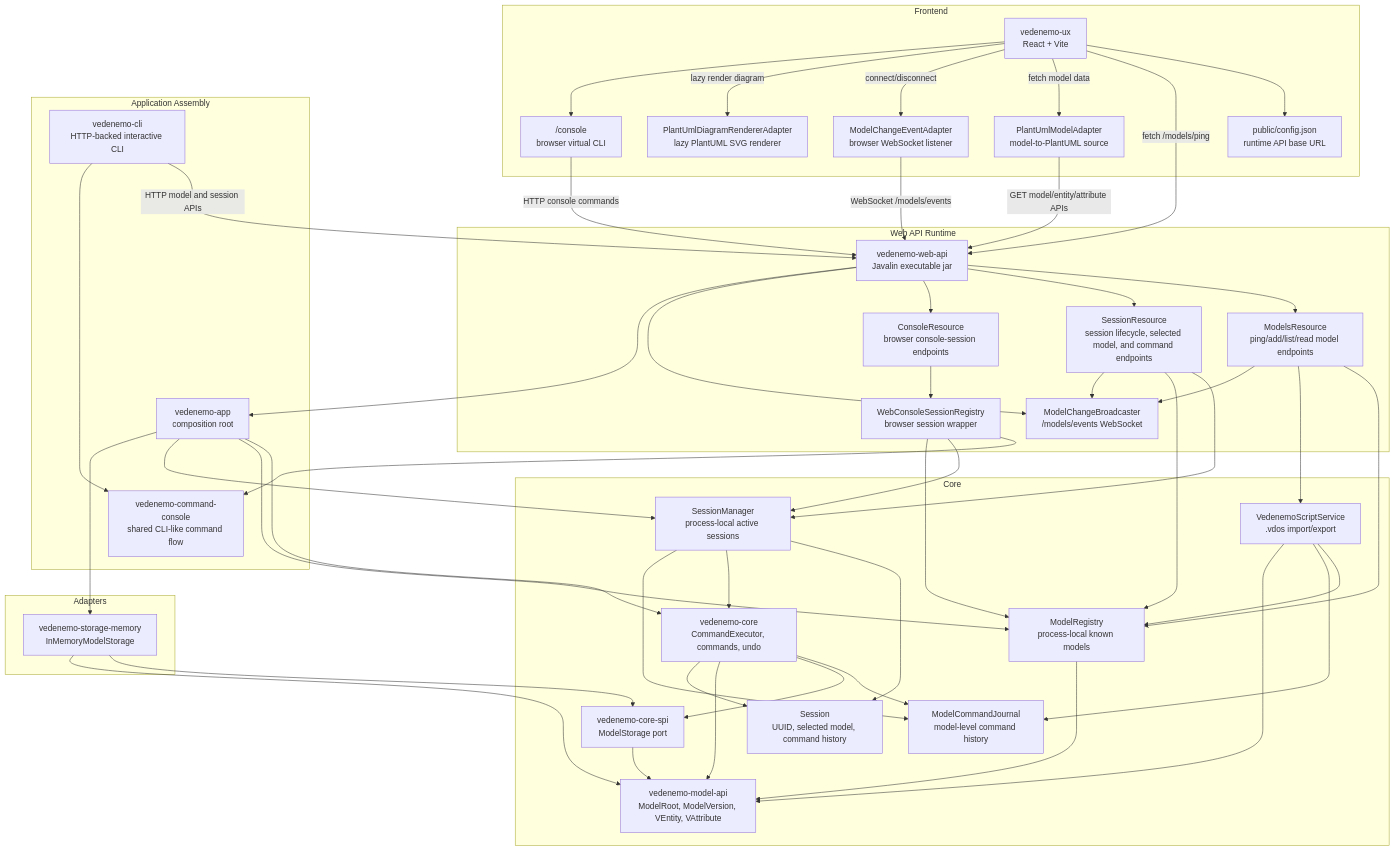
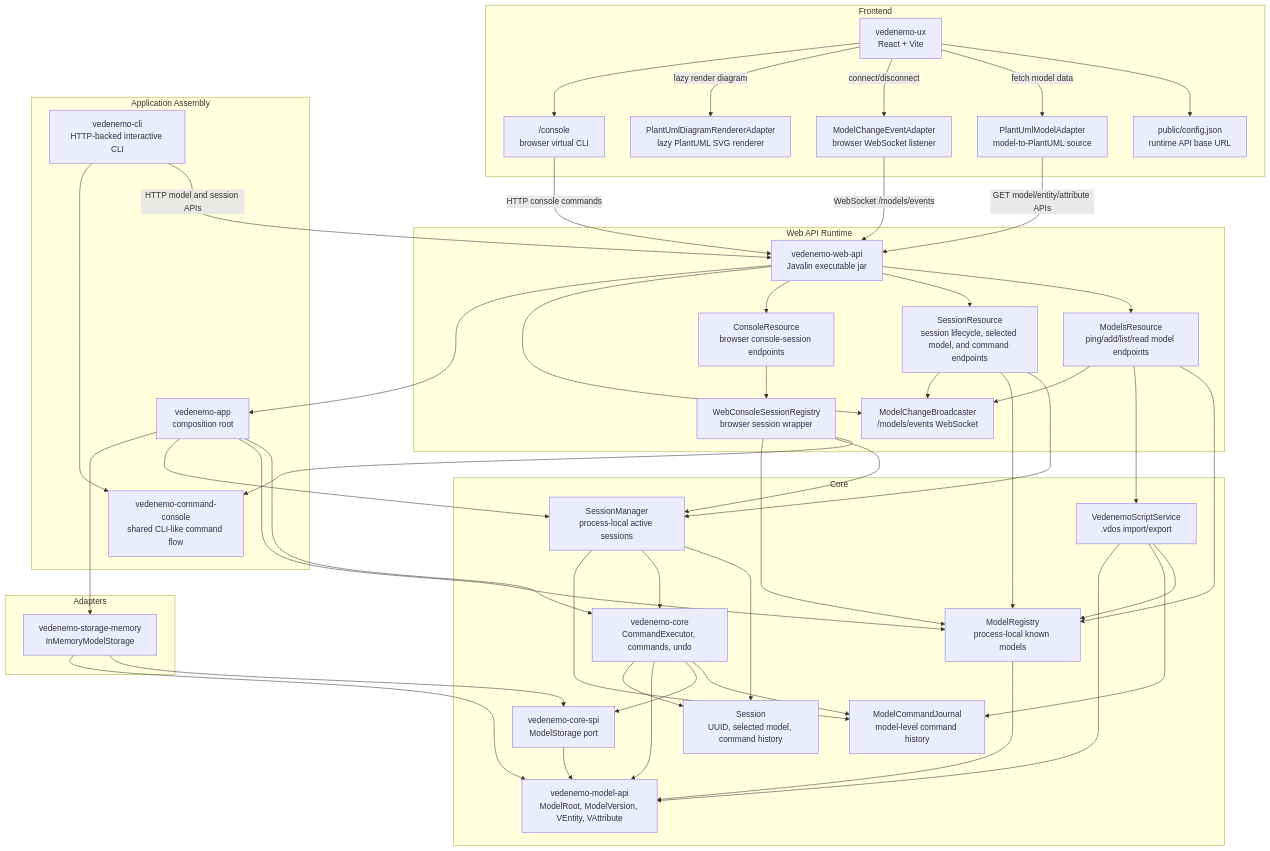
Before and after one commit to VedenemoDev/VedenemoMonorepo: the first of 8 diagrams in docs/architecture_doc.md, drawn with Mermaid. The commit also changed other lines of this file and 14 other files, not shown here.

```diff
--- a/docs/architecture_doc.md
+++ b/docs/architecture_doc.md
@@ -54,7 +54,6 @@
 end
 
 ViteUX --> RuntimeConfig
-ViteUX -->|fetch /models/ping| WebApi
 ViteUX -->|fetch model data| UXPlantUml
 ViteUX -->|connect/disconnect| UXModelEvents
 ViteUX -->|lazy render diagram| UXPlantUmlRenderer
```
